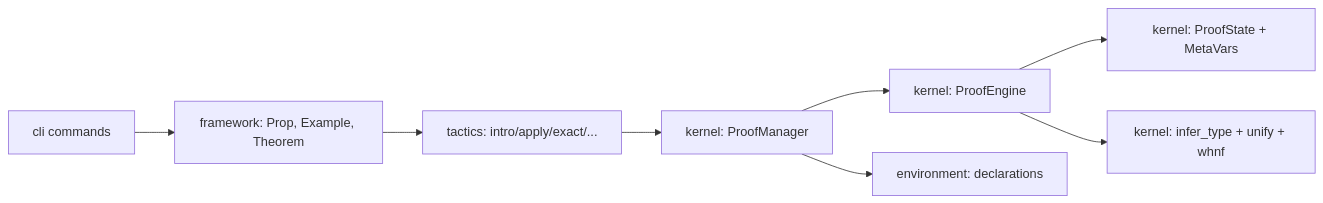
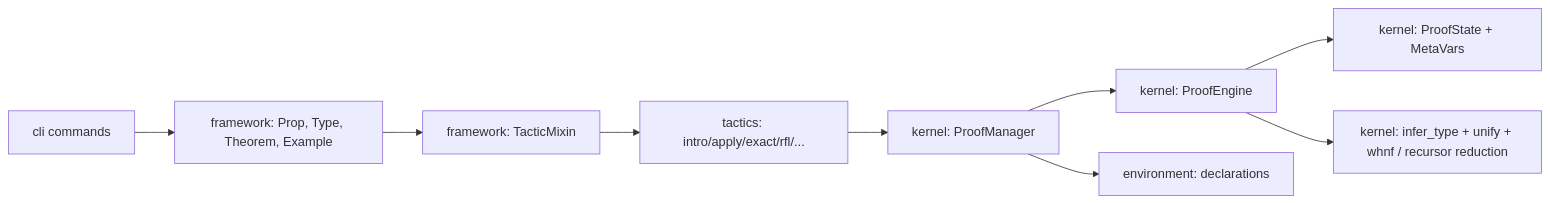
One commit to kumo01GitHub/poussins changed the second of 2 diagrams in docs/developer-guide.md. Above: the diagram before and after it, drawn with Mermaid. The commit also changed other lines of this file and 2 other files, not shown here.

````diff
--- a/docs/developer-guide.md
+++ b/docs/developer-guide.md
@@ -82,10 +83,11 @@
 ```mermaid
 flowchart LR
-    DSL[framework: Prop, Example, Theorem] --> Tactics[tactics: intro/apply/exact/...]
+    DSL[framework: Prop, Type, Theorem, Example] --> Mixin[framework: TacticMixin]
+    Mixin --> Tactics[tactics: intro/apply/exact/rfl/...]
     Tactics --> Manager[kernel: ProofManager]
     Manager --> Engine[kernel: ProofEngine]
     Engine --> State[kernel: ProofState + MetaVars]
-    Engine --> TC[kernel: infer_type + unify + whnf]
+    Engine --> TC[kernel: infer_type + unify + whnf / recursor reduction]
     Manager --> Env[environment: declarations]
     CLI[cli commands] --> DSL
 ```
````
